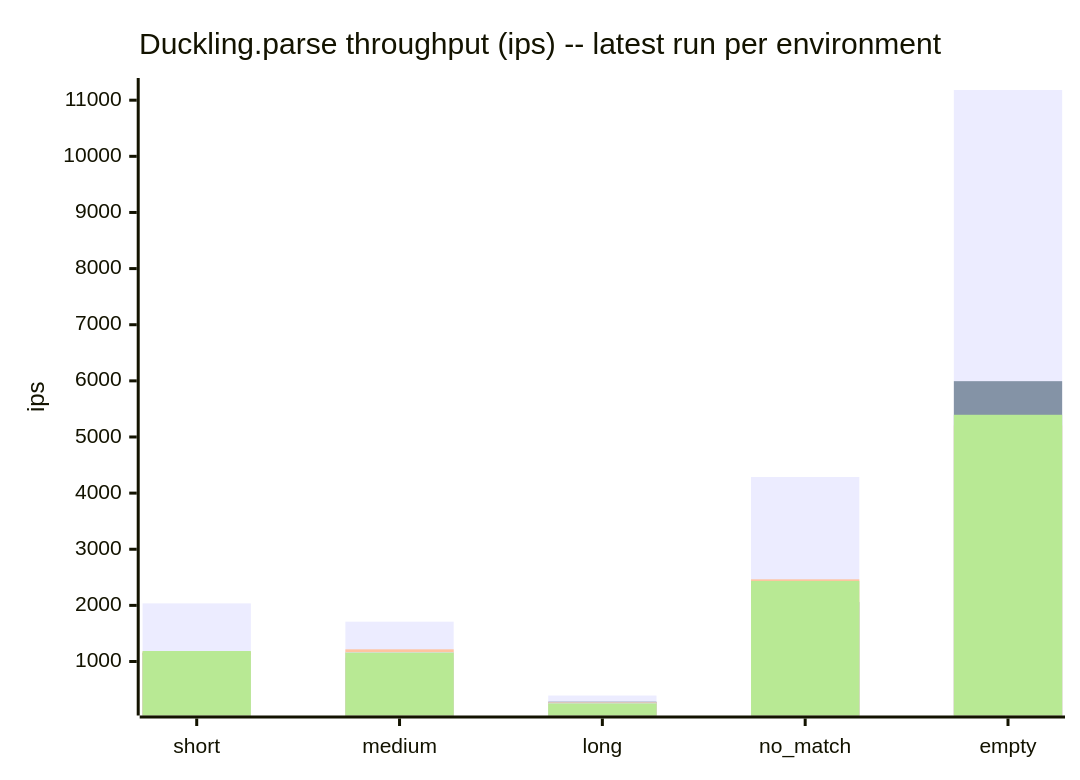
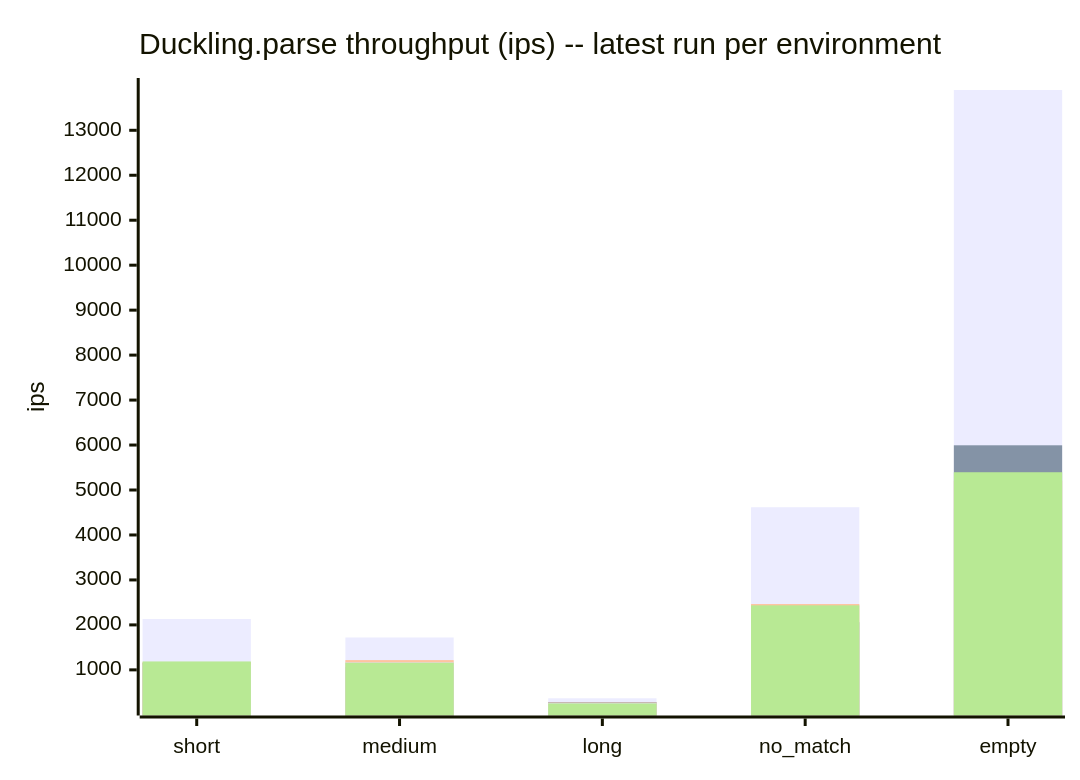
One commit to cpb/duckling changed the sixth of 7 diagrams in docs/benchmarks/README.md. Above: the diagram before and after it, drawn with Mermaid. The commit also changed other lines of this file and 1 other file, not shown here.

Commit message:
Record github-actions benchmark results for 0.4.0

````diff
--- a/docs/benchmarks/README.md
+++ b/docs/benchmarks/README.md
@@ -211,11 +211,11 @@
 ```mermaid
 xychart-beta
     title "Duckling.parse throughput (ips) -- latest run per environment"
     x-axis [short, medium, long, no_match, empty]
     y-axis "ips"
-    bar "github-actions" [2035.5, 1709.8, 393.8, 4287.8, 11181.6]
+    bar "github-actions" [2130.8, 1720.3, 368.2, 4616.9, 13896.1]
     bar "claude-code-web" [1154.4, 1064.6, 284.8, 2058.0, 5994.3]
     bar "local-3.3" [1175.1, 1217.2, 273.9, 2464.0, 5206.5]
     bar "local-3.4" [1116.0, 1168.6, 267.9, 2056.4, 4592.3]
     bar "local-4.0" [1187.1, 1156.8, 252.0, 2435.1, 5395.4]
 ```
````
